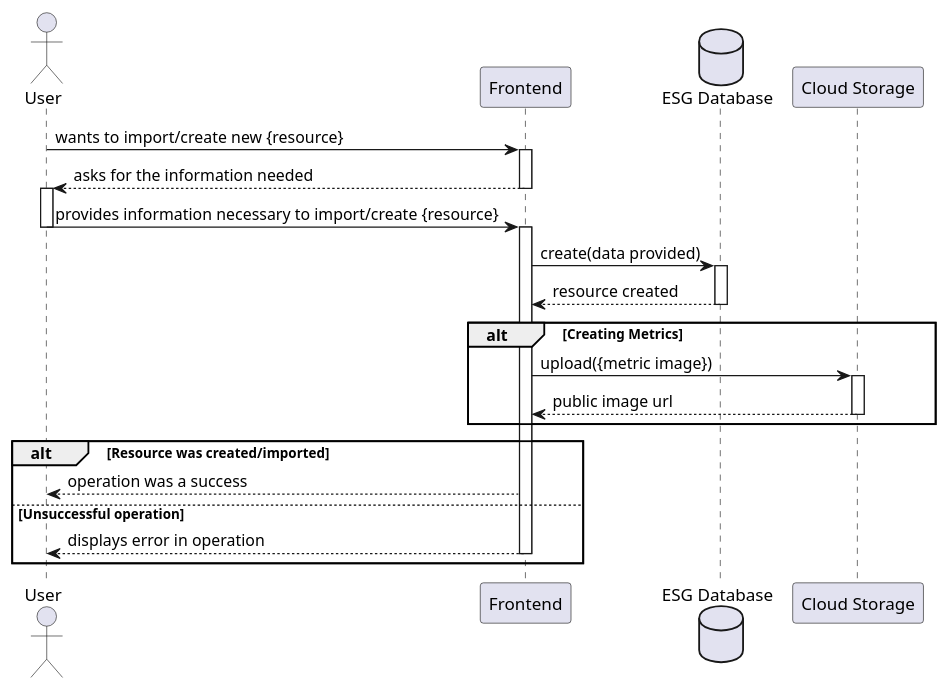
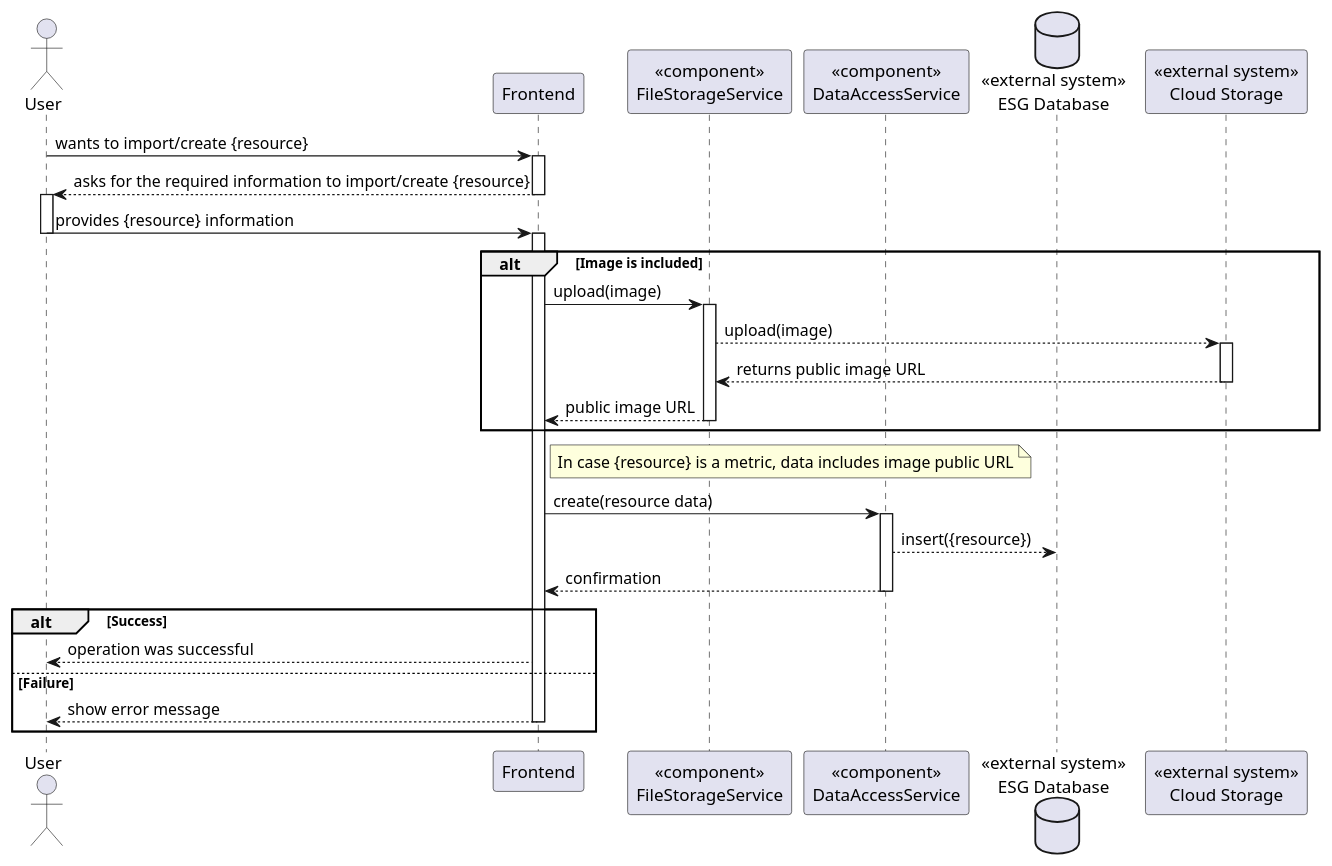
The diagram in frontmatter/assets/diagrams/Process Views/lvl2-uc67.puml (matilde-varela/ISEP-PESTI-Report-2025), drawn with PlantUML before and after one commit. The commit also changed 20 other files, not shown here.

```diff
--- a/frontmatter/assets/diagrams/Process Views/lvl2-uc67.puml
+++ b/frontmatter/assets/diagrams/Process Views/lvl2-uc67.puml
@@ -1,48 +1,55 @@
 @startuml
-
 actor User as USER
 participant Frontend as FE
-database "ESG Database" as DATA
-participant  "Cloud Storage" as CLOUD
+participant "<<component>>\nFileStorageService" as CLOUDSERV
+participant "<<component>>\nDataAccessService" as DATASERV
+database "<<external system>>\nESG Database" as DATA
+participant "<<external system>>\nCloud Storage" as CLOUD
 
-
-USER -> FE : wants to import/create new {resource}
+USER -> FE : wants to import/create {resource}
 activate FE
 
-
-FE --> USER : asks for the information needed
+FE --> USER : asks for the required information to import/create {resource}
 deactivate FE
 activate USER
 
-USER -> FE : provides information necessary to import/create {resource}
+USER -> FE : provides {resource} information
 deactivate USER
 activate FE
 
+alt Image is included
 
-FE -> DATA : create(data provided)
-activate DATA
+    FE -> CLOUDSERV : upload(image)
+    activate CLOUDSERV
 
-DATA --> FE : resource created
-deactivate DATA
+    CLOUDSERV --> CLOUD : upload(image)
+    activate CLOUD
+    CLOUD --> CLOUDSERV : returns public image URL
+    deactivate CLOUD
 
-alt Creating Metrics
-    FE -> CLOUD : upload({metric image})
-    activate CLOUD
-
-    CLOUD --> FE : public image url
-    deactivate CLOUD
-end alt
-
-
-alt Resource was created/imported
-
-    FE --> USER : operation was a success
-    
-    else Unsuccessful operation
-    
-    FE --> USER : displays error in operation
-    deactivate FE
+    CLOUDSERV --> FE : public image URL
+    deactivate CLOUDSERV
 
 end alt
 
+note right of FE
+In case {resource} is a metric, data includes image public URL
+end note
+
+FE -> DATASERV : create(resource data)
+activate DATASERV
+
+DATASERV --> DATA : insert({resource})
+
+DATASERV --> FE : confirmation
+deactivate DATASERV
+
+alt Success
+    FE --> USER : operation was successful
+else Failure
+    FE --> USER : show error message
+deactivate FE
+end alt
+
+deactivate FE
 @enduml
```
